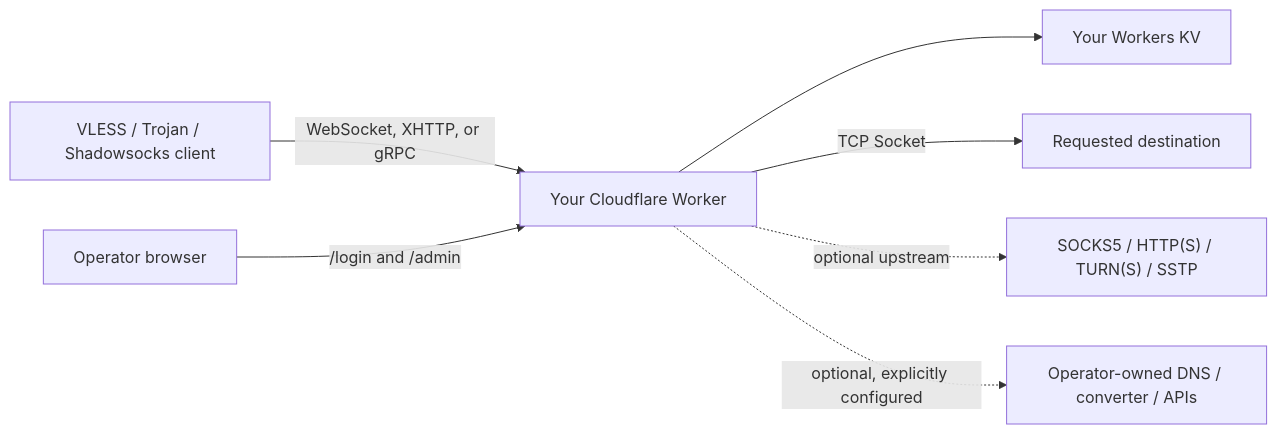
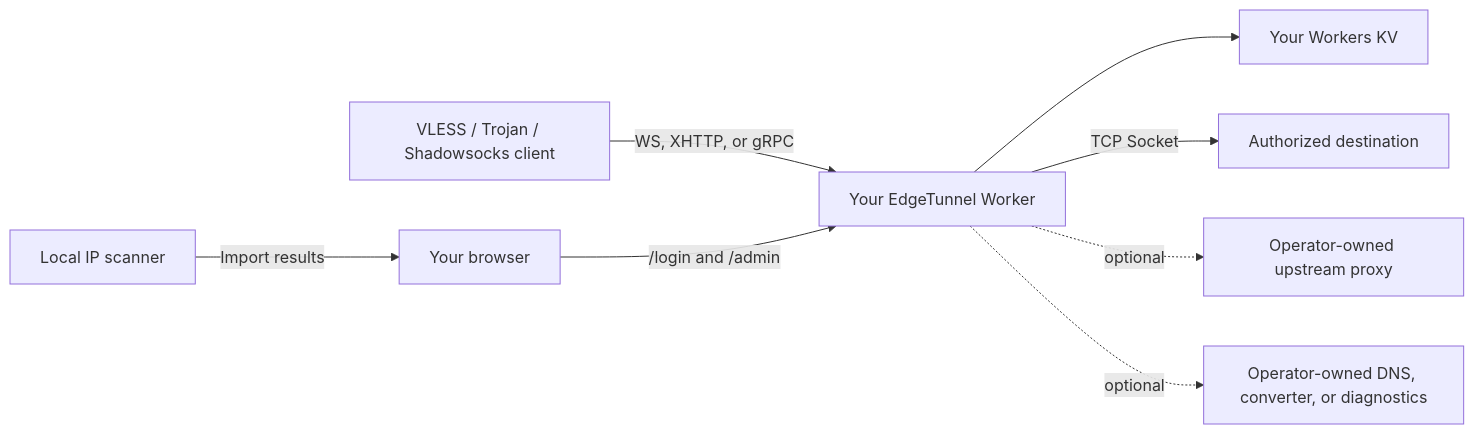
One commit to anuxs/Re_edgetunnel changed the diagram in README.md. Above: the diagram before and after it, drawn with Mermaid. The commit also changed other lines of this file and 6 other files, not shown here.

````diff
--- a/README.md
+++ b/README.md
@@ -59,9 +49,10 @@
 ```mermaid
 flowchart LR
-    C["VLESS / Trojan / Shadowsocks client"] -->|"WebSocket, XHTTP, or gRPC"| W["Your Cloudflare Worker"]
-    A["Operator browser"] -->|"/login and /admin"| W
+    C["VLESS / Trojan / Shadowsocks client"] -->|"WS, XHTTP, or gRPC"| W["Your EdgeTunnel Worker"]
+    B["Your browser"] -->|"/login and /admin"| W
     W --> K["Your Workers KV"]
-    W -->|"TCP Socket"| D["Requested destination"]
-    W -. "optional upstream" .-> P["SOCKS5 / HTTP(S) / TURN(S) / SSTP"]
-    W -. "optional, explicitly configured" .-> O["Operator-owned DNS / converter / APIs"]
+    W -->|"TCP Socket"| D["Authorized destination"]
+    S["Local IP scanner"] -->|"Import results"| B
+    W -. "optional" .-> P["Operator-owned upstream proxy"]
+    W -. "optional" .-> O["Operator-owned DNS, converter, or diagnostics"]
 ```
````
